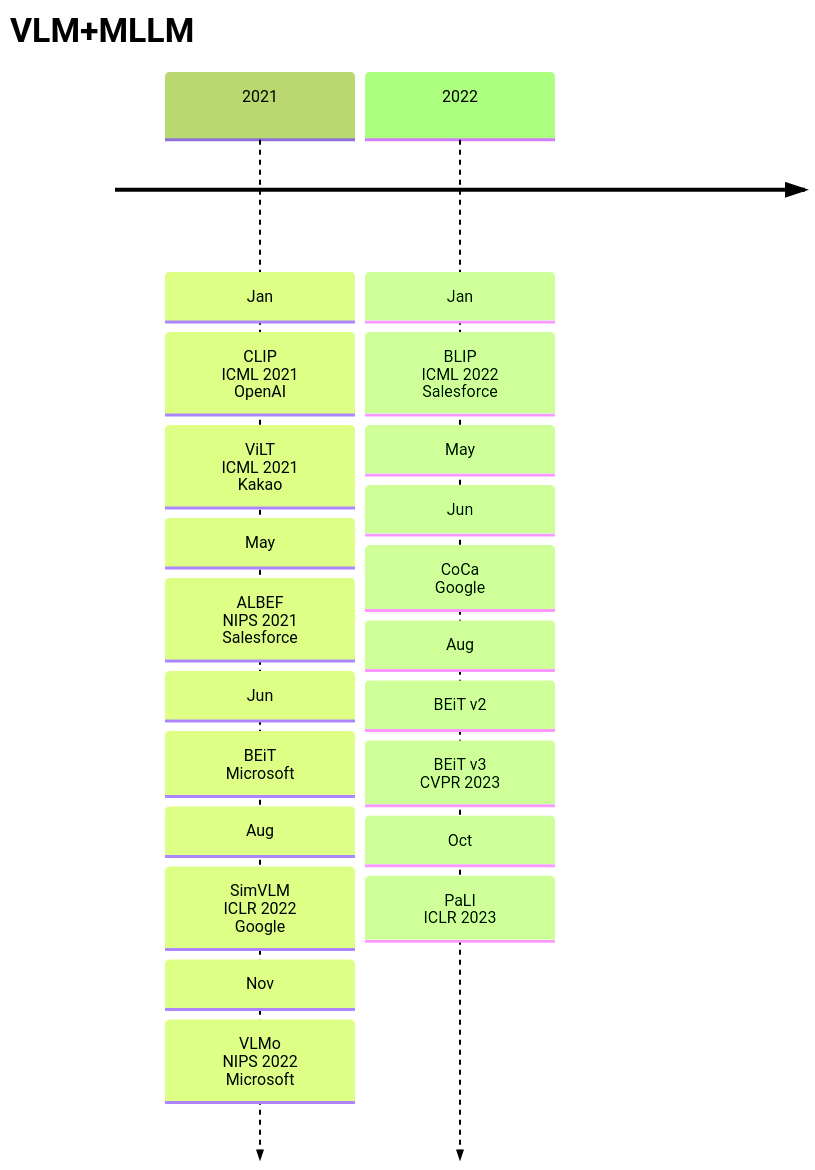
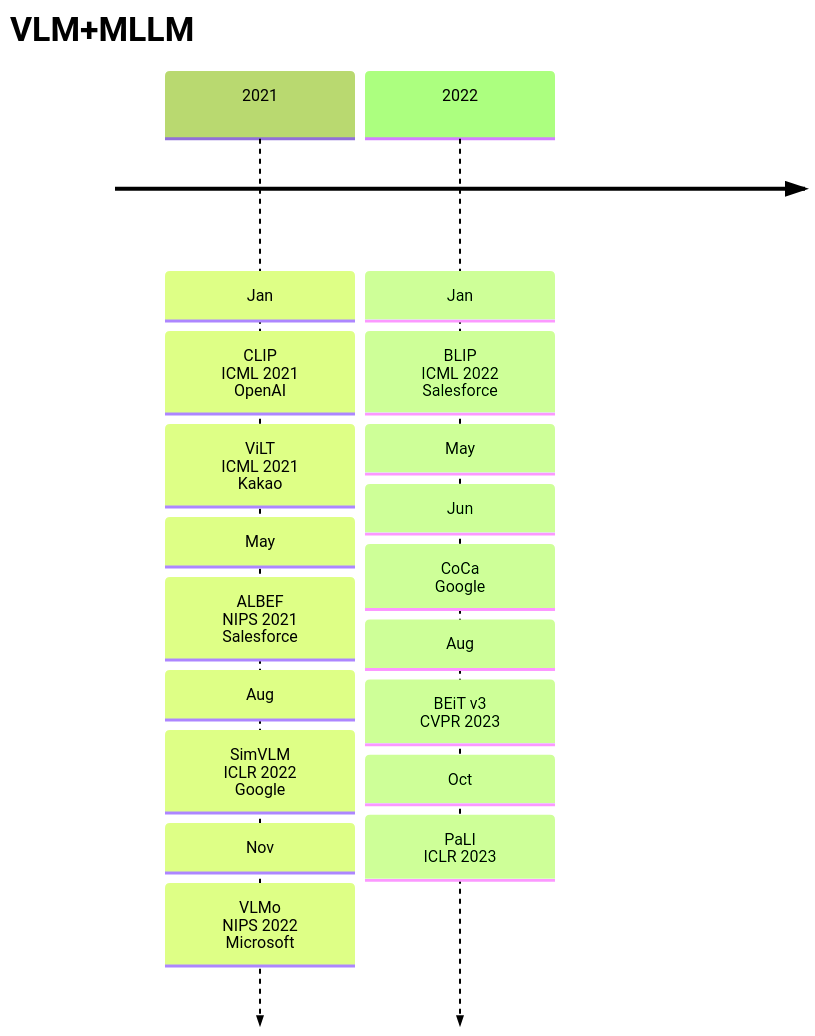
One commit to Elephant-King9/Paper changed the first of 5 diagrams in Base_Model/VLM+VLLM/analyse.md. Above: the diagram before and after it, drawn with Mermaid (forest theme). The commit also changed other lines of this file and 14 other files, not shown here.

````diff
--- a/Base_Model/VLM+VLLM/analyse.md
+++ b/Base_Model/VLM+VLLM/analyse.md
@@ -5,25 +5,22 @@
 ```mermaid
 timeline
     title VLM+MLLM
     2021 : Jan
     		 : CLIP<br>ICML 2021<br>OpenAI
     		 : ViLT<br>ICML 2021<br>Kakao
     		 : May
     		 : ALBEF<br>NIPS 2021<br>Salesforce
-    		 : Jun
-    		 : BEiT<br>Microsoft
     		 : Aug
     		 : SimVLM<br>ICLR 2022<br>Google
     		 : Nov
     		 : VLMo<br>NIPS 2022<br>Microsoft
     2022 : Jan
     		 : BLIP<br>ICML 2022<br>Salesforce
     		 : May
     		 : Jun
     		 : CoCa<br>Google
     		 : Aug
-    		 : BEiT v2<br>
     		 : BEiT v3<br>CVPR 2023
     		 : Oct
     		 : PaLI<br>ICLR 2023
 ```
````
